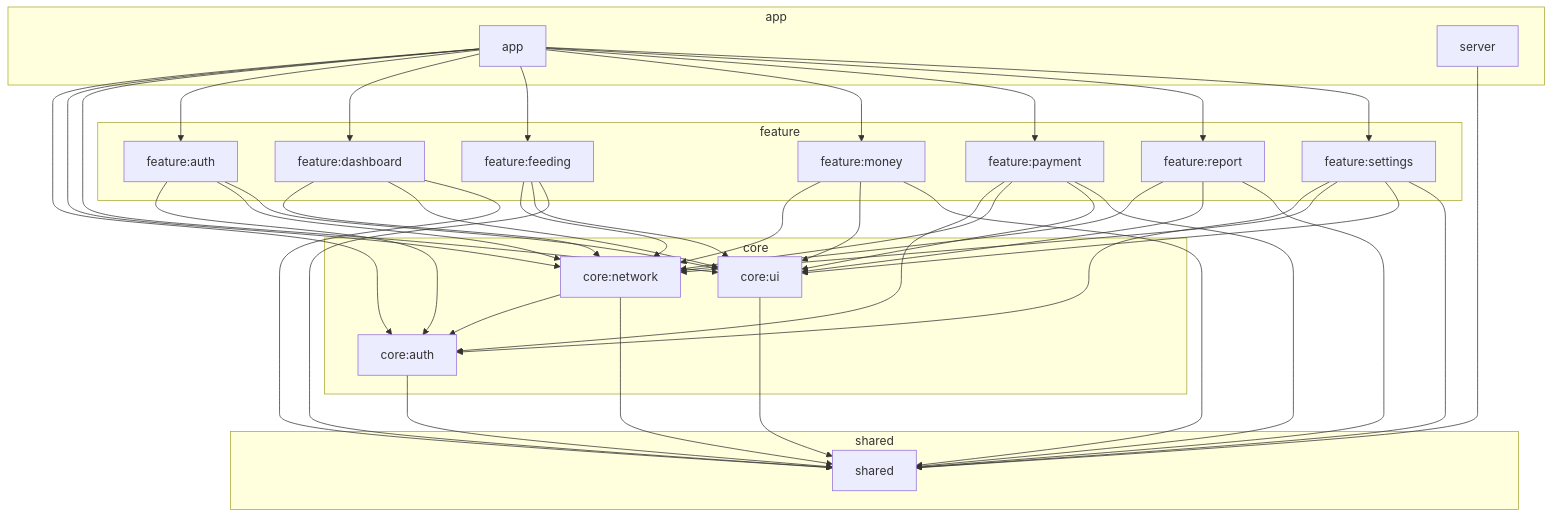
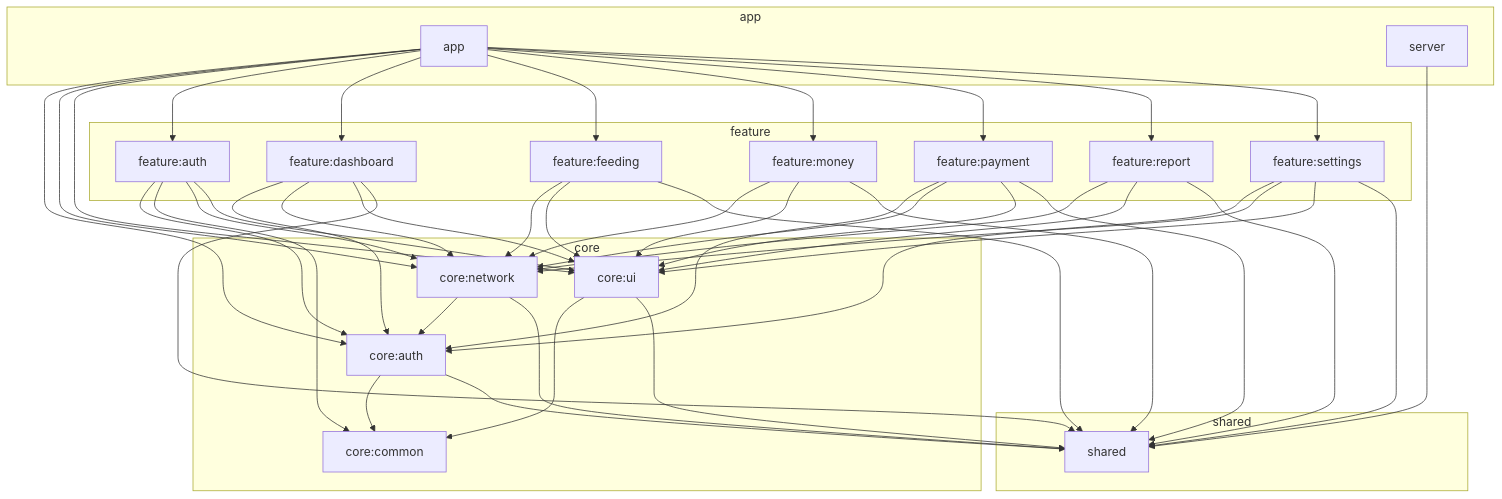
Before and after one commit to ptkNktq/CrabShell: the diagram in README.md, drawn with Mermaid. The commit also changed other lines of this file and 1 other file, not shown here.

Commit message:
docs: Update architecture docs for core:common changes
Add TabResumedEvent, PageVisibility, and kotlinx-coroutines-core
to core/common description. Add core:common to README module table
and dependency graph. Add new dependency edges (core:auth → core:common,
feature:auth → core:common, feature:dashboard → core:auth).

````diff
--- a/README.md
+++ b/README.md
@@ -35,69 +35,74 @@
 ```mermaid
 graph TD
   subgraph shared
     S[shared]
   end
 
   subgraph core
+    CC[core:common]
     CA[core:auth]
     CN[core:network]
     CU[core:ui]
   end
 
   subgraph feature
     FA[feature:auth]
     FD[feature:dashboard]
     FF[feature:feeding]
     FM[feature:money]
     FP[feature:payment]
     FR[feature:report]
     FS[feature:settings]
   end
 
   subgraph app
     WF[app]
     SV[server]
   end
 
+  CA --> CC
   CA --> S
   CN --> CA
   CN --> S
+  CU --> CC
   CU --> S
 
   FA --> CA
+  FA --> CC
   FA --> CN
   FA --> CU
+  FD --> CA
   FD --> CN
   FD --> CU
   FD --> S
   FF --> CN
   FF --> CU
   FF --> S
   FM --> CN
   FM --> CU
   FM --> S
   FP --> CA
   FP --> CN
   FP --> CU
   FP --> S
   FR --> CN
   FR --> CU
   FR --> S
   FS --> CA
   FS --> CN
   FS --> CU
   FS --> S
 
   WF --> CA
   WF --> CN
   WF --> CU
   WF --> FA
   WF --> FD
   WF --> FF
   WF --> FM
   WF --> FP
   WF --> FR
   WF --> FS
 
   SV --> S
 ```
````
